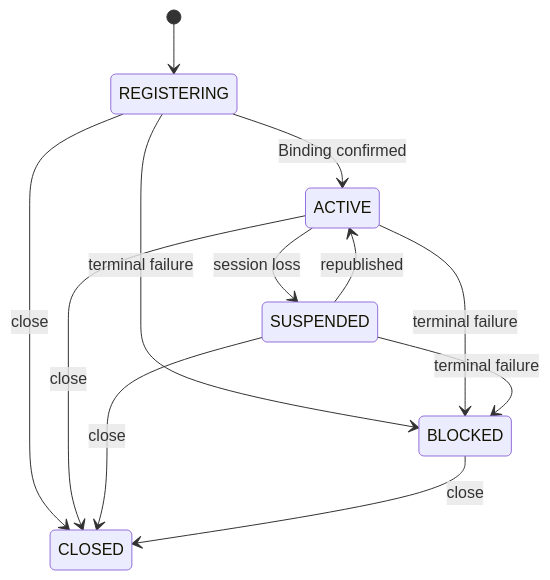
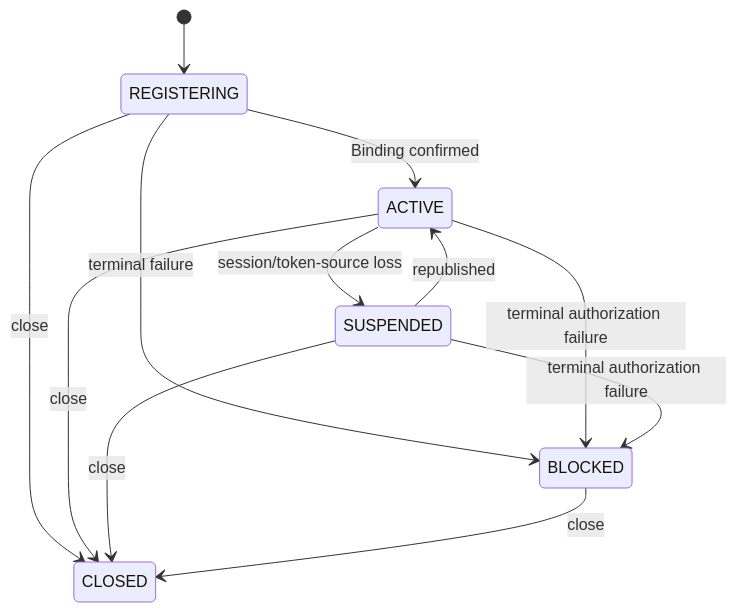
The second of 3 diagrams in docs/spec/002-sdk-pipe-contract.md (cagojeiger/relaygate), drawn with Mermaid before and after one commit. The commit also changed other lines of this file and 177 other files, not shown here.

````diff
--- a/docs/spec/002-sdk-pipe-contract.md
+++ b/docs/spec/002-sdk-pipe-contract.md
@@ -52,14 +68,14 @@
 ```mermaid
 stateDiagram-v2
     [*] --> REGISTERING
     REGISTERING --> ACTIVE: Binding confirmed
     REGISTERING --> BLOCKED: terminal failure
     REGISTERING --> CLOSED: close
-    ACTIVE --> SUSPENDED: session loss
+    ACTIVE --> SUSPENDED: session/token-source loss
     SUSPENDED --> ACTIVE: republished
-    ACTIVE --> BLOCKED: terminal failure
-    SUSPENDED --> BLOCKED: terminal failure
+    ACTIVE --> BLOCKED: terminal authorization failure
+    SUSPENDED --> BLOCKED: terminal authorization failure
     ACTIVE --> CLOSED: close
     SUSPENDED --> CLOSED: close
     BLOCKED --> CLOSED: close
 ```
````
